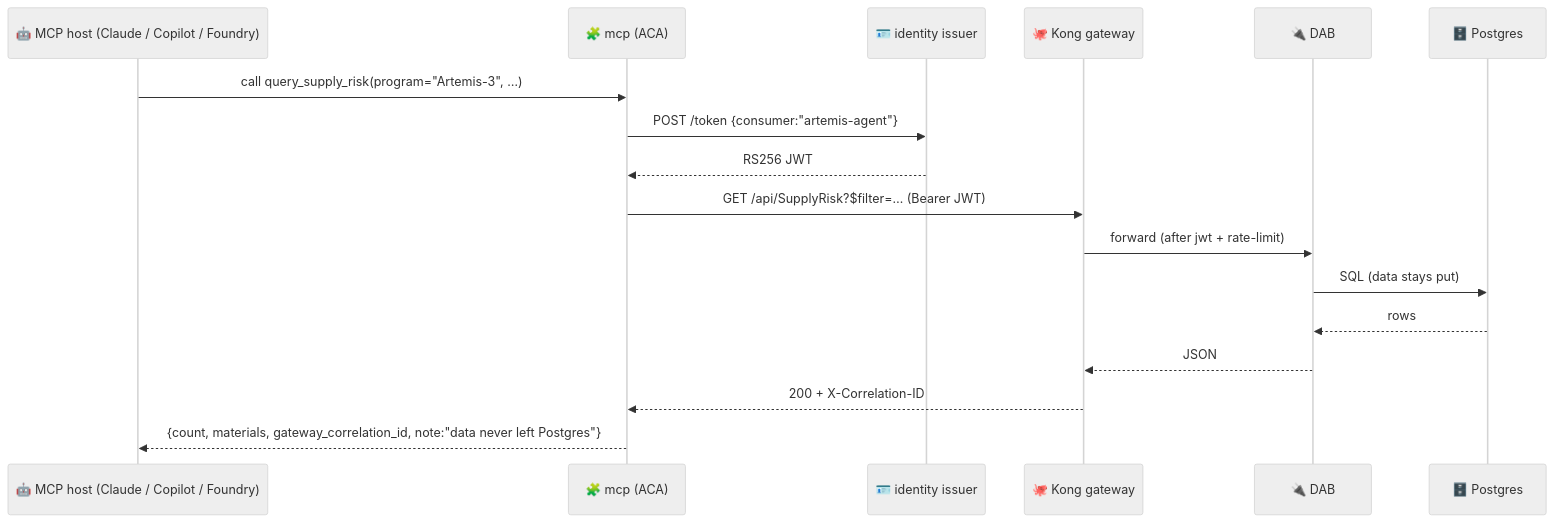
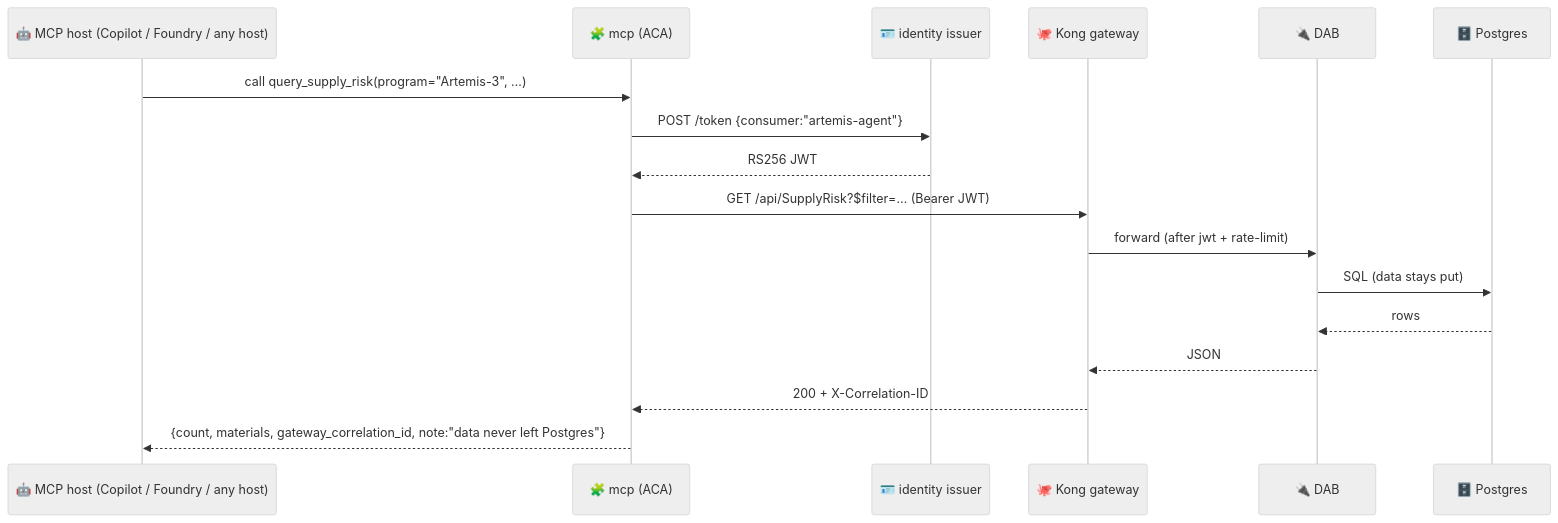
The second of 4 diagrams in docs/AZURE-LIVE-DEPLOYMENT.md (fgarofalo56/nasa-api-first-poc), drawn with Mermaid (neutral theme) before and after one commit. The commit also changed other lines of this file and 19 other files, not shown here.

````diff
--- a/docs/AZURE-LIVE-DEPLOYMENT.md
+++ b/docs/AZURE-LIVE-DEPLOYMENT.md
@@ -279,19 +279,19 @@
 ```mermaid
 sequenceDiagram
-    participant Host as 🤖 MCP host (Claude / Copilot / Foundry)
+    participant Host as 🤖 MCP host (Copilot / Foundry / any host)
     participant MCP as 🧩 mcp (ACA)
     participant ID as 🪪 identity issuer
     participant Kong as 🐙 Kong gateway
     participant DAB as 🔌 DAB
     participant PG as 🗄️ Postgres
     Host->>MCP: call query_supply_risk(program="Artemis-3", …)
     MCP->>ID: POST /token {consumer:"artemis-agent"}
     ID-->>MCP: RS256 JWT
     MCP->>Kong: GET /api/SupplyRisk?$filter=… (Bearer JWT)
     Kong->>DAB: forward (after jwt + rate-limit)
     DAB->>PG: SQL (data stays put)
     PG-->>DAB: rows
     DAB-->>Kong: JSON
     Kong-->>MCP: 200 + X-Correlation-ID
     MCP-->>Host: {count, materials, gateway_correlation_id, note:"data never left Postgres"}
 ```
````
